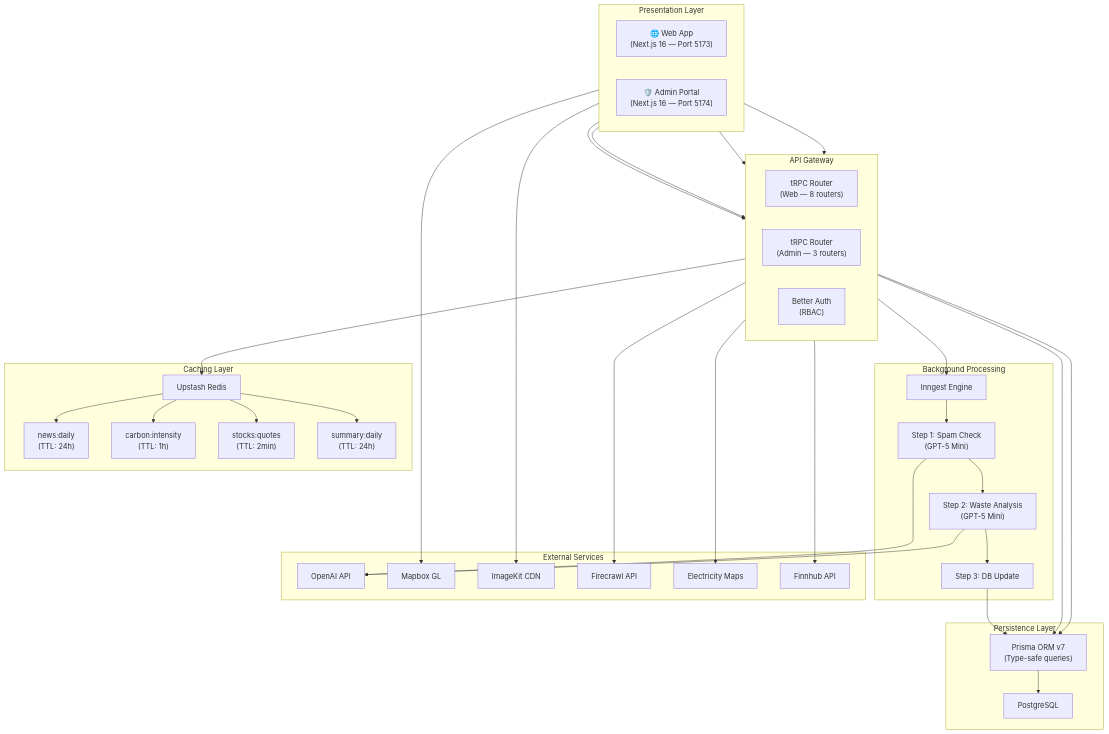
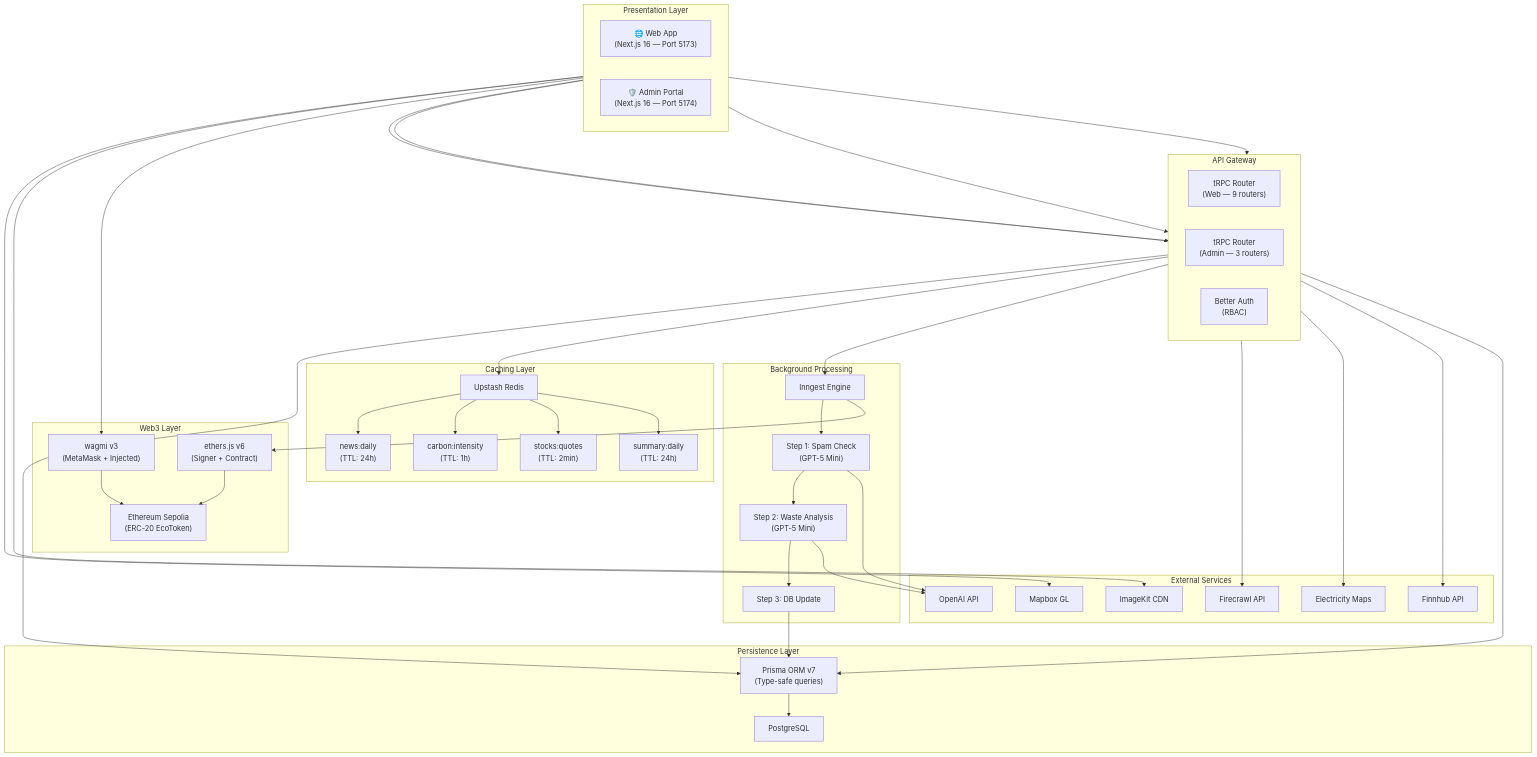
The first of 6 diagrams in docs/architecture.md (nilavtalukdar06/eco-swachh), drawn with Mermaid before and after one commit. The commit also changed other lines of this file and 7 other files, not shown here.

````diff
--- a/docs/architecture.md
+++ b/docs/architecture.md
@@ -16,7 +16,7 @@
 
     subgraph "API Gateway"
         direction LR
-        TRPC_WEB["tRPC Router<br/>(Web — 8 routers)"]
+        TRPC_WEB["tRPC Router<br/>(Web — 9 routers)"]
         TRPC_ADMIN["tRPC Router<br/>(Admin — 3 routers)"]
         BA["Better Auth<br/>(RBAC)"]
     end
@@ -50,10 +50,17 @@
         FINNHUB["Finnhub API"]
     end
 
+    subgraph "Web3 Layer"
+        WAGMI["wagmi v3<br/>(MetaMask + Injected)"]
+        ETHERS["ethers.js v6<br/>(Signer + Contract)"]
+        SEPOLIA["Ethereum Sepolia<br/>(ERC-20 EcoToken)"]
+    end
+
     WEB --> TRPC_WEB
     WEB --> BA
     WEB --> MAPBOX
     WEB --> IMAGEKIT
+    WEB --> WAGMI
     ADMIN --> TRPC_ADMIN
     ADMIN --> BA
 
@@ -79,4 +86,8 @@
     REDIS --> SUMMARY_CACHE
 
     PRISMA --> PG
+
+    INNGEST_ENGINE --> ETHERS
+    ETHERS --> SEPOLIA
+    WAGMI --> SEPOLIA
 ```
````
